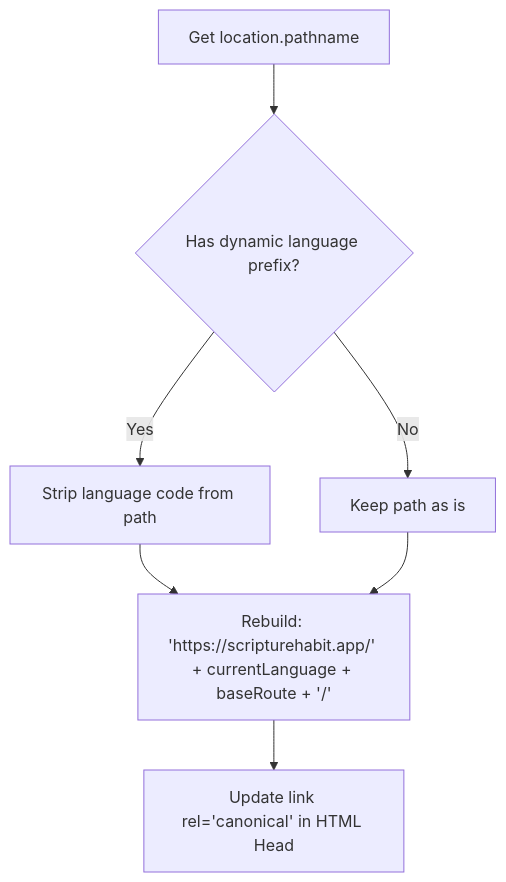
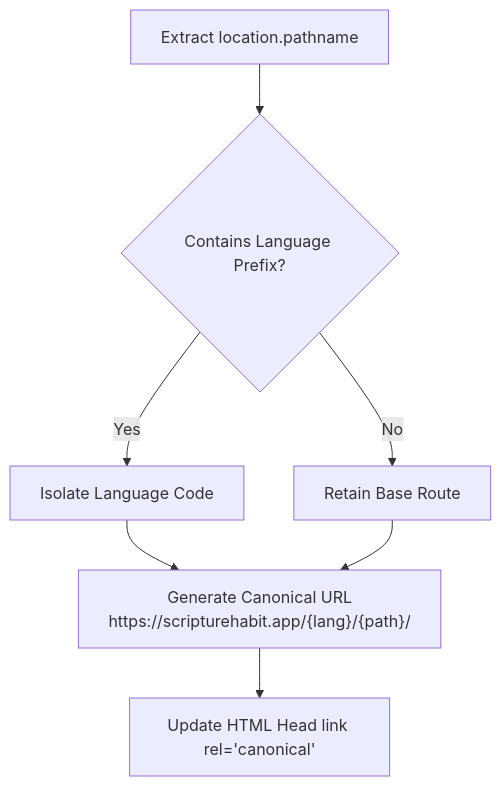
One commit to ScriptureHabit/scripture-habit changed the diagram in docs/seo-and-meta-management.md. Above: the diagram before and after it, drawn with Mermaid. The commit also changed other lines of this file and 15 other files, not shown here.

Commit message:
docs: refine and simplify all Architecture Overview documentation in Japanese and English

````diff
--- a/docs/seo-and-meta-management.md
+++ b/docs/seo-and-meta-management.md
@@ -22,12 +11,9 @@
 ```mermaid
 flowchart TD
-    Path[Get location.pathname] --> CheckPrefix{Has dynamic language prefix?}
-    
-    CheckPrefix -- Yes --> Extract[Strip language code from path]
-    CheckPrefix -- No --> Keep[Keep path as is]
-    
-    Extract --> Canonical[Rebuild: 'https://scripturehabit.app/' + currentLanguage + baseRoute + '/']
+    Path["Extract location.pathname"] --> CheckPrefix{"Contains Language Prefix?"}
+    CheckPrefix -- Yes --> Extract["Isolate Language Code"]
+    CheckPrefix -- No --> Keep["Retain Base Route"]
+    Extract --> Canonical["Generate Canonical URL<br/>https://scripturehabit.app/{lang}/{path}/"]
     Keep --> Canonical
-    
-    Canonical --> Insert[Update link rel='canonical' in HTML Head]
+    Canonical --> Insert["Update HTML Head link rel='canonical'"]
 ```
````
